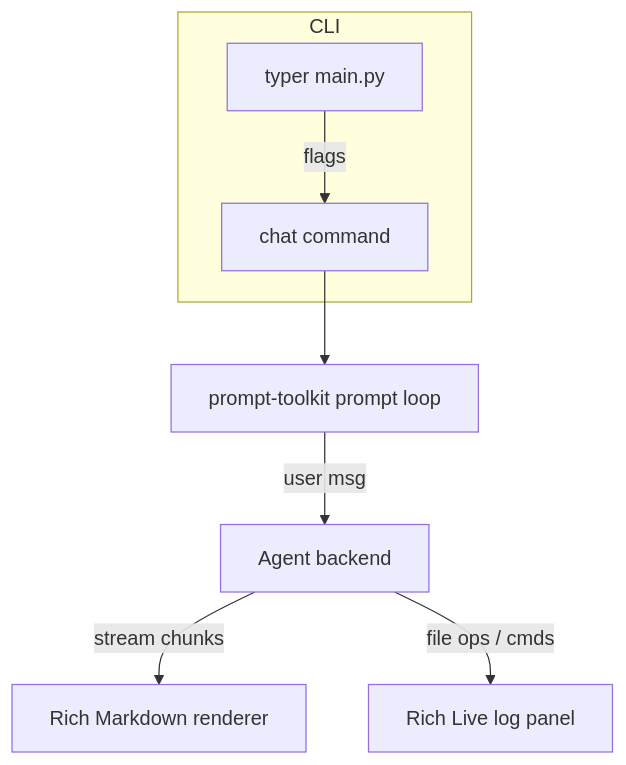
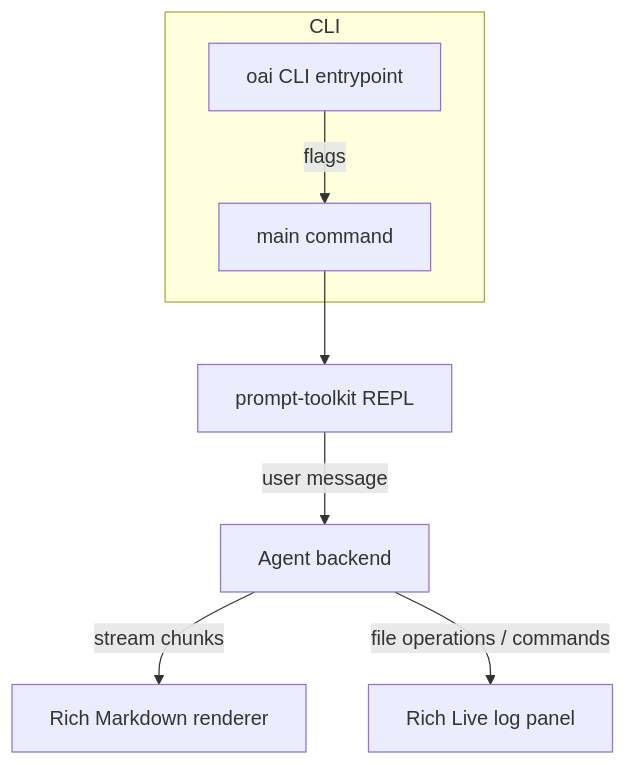
Before and after one commit to mattmorgis/oai-coding-agent: the diagram in docs/cli.md, drawn with Mermaid. The commit also changed other lines of this file, not shown here.

Commit message:
docs(cli): update CLI reference and flow diagram

````diff
--- a/docs/cli.md
+++ b/docs/cli.md
@@ -9,10 +26,10 @@
 ```mermaid
 flowchart TD
   subgraph CLI
-    A[typer main.py] -->|flags| B[chat command]
+    A[oai CLI entrypoint] -->|flags| B[main command]
   end
-  B --> C[prompt-toolkit prompt loop]
-  C -->|user msg| D[Agent backend]
+  B --> C[prompt-toolkit REPL]
+  C -->|user message| D[Agent backend]
   D -->|stream chunks| E[Rich Markdown renderer]
-  D -->|file ops / cmds| F[Rich Live log panel]
+  D -->|file operations / commands| F[Rich Live log panel]
 ```
````
